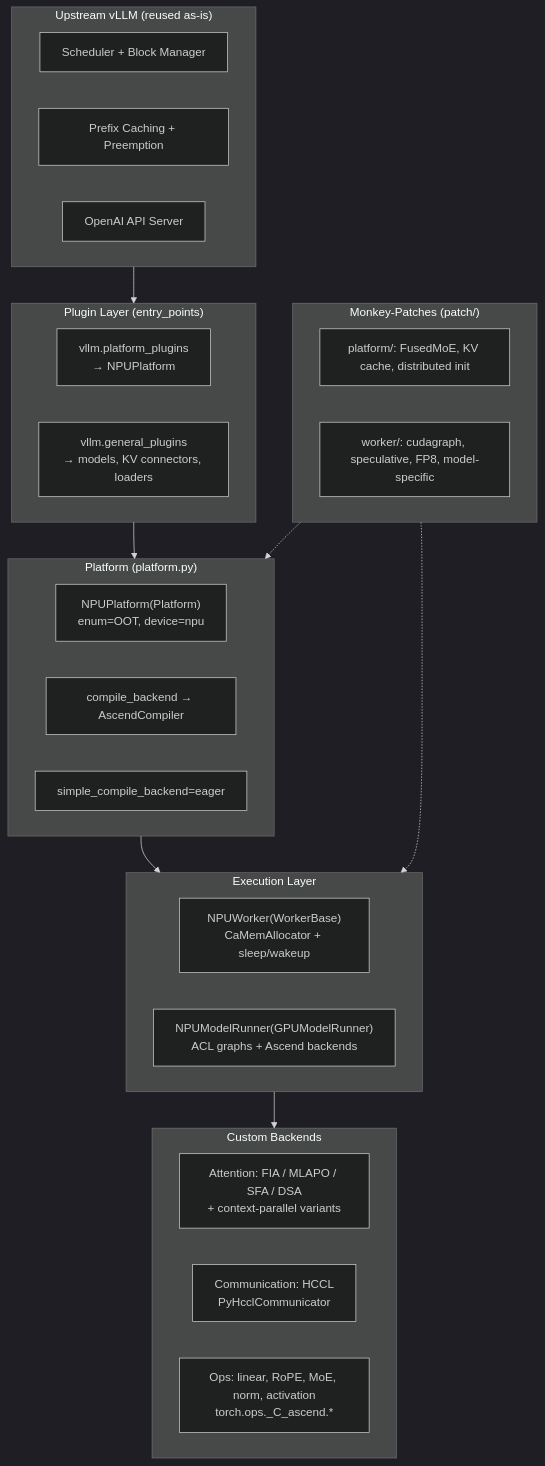
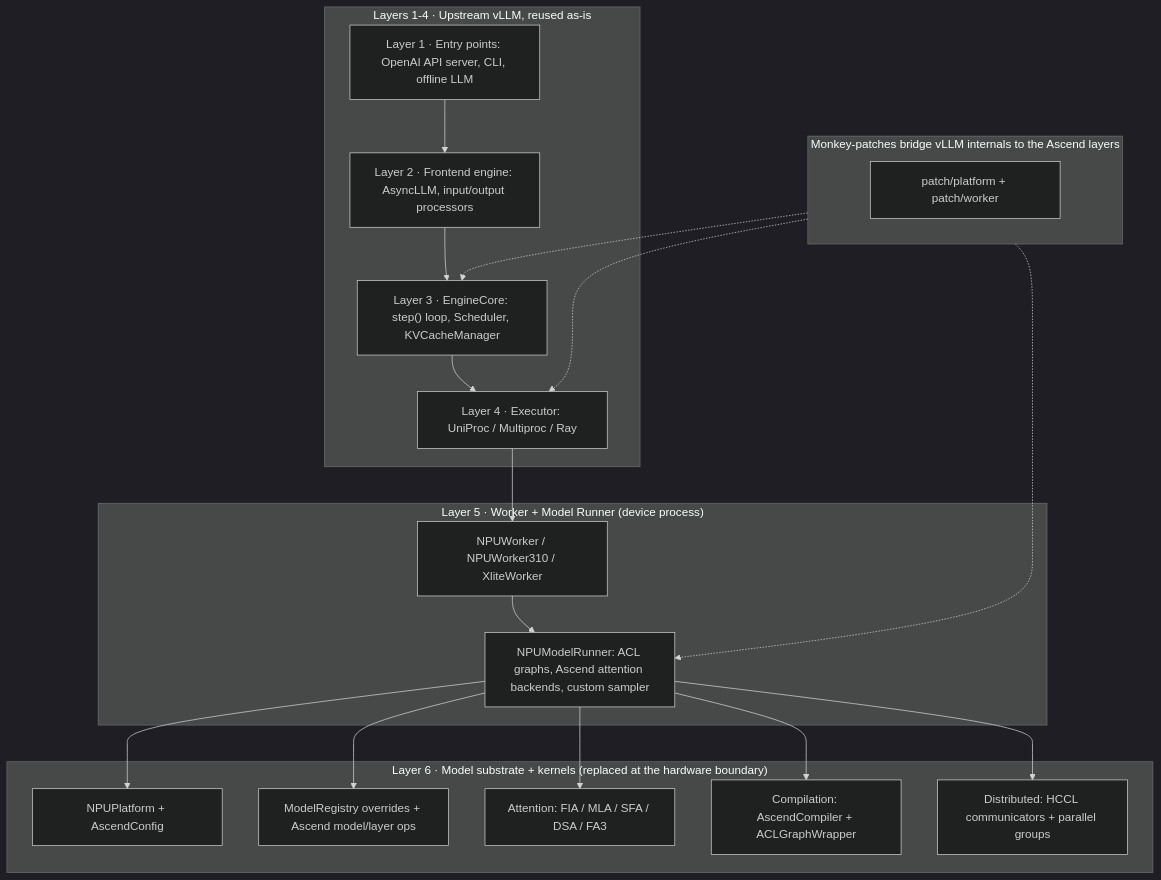
Before and after one commit to zhongzhouTan-coder/zhongzhouTan-coder.github.io: the first of 2 diagrams in docs/frameworks/vllm-ascend/architecture.md, drawn with Mermaid (dark theme). The commit also changed other lines of this file and 14 other files, not shown here.

Commit message:
[docs] add the vllm and vllm-ascend overview

````diff
--- a/docs/frameworks/vllm-ascend/architecture.md
+++ b/docs/frameworks/vllm-ascend/architecture.md
@@ -32,36 +47,36 @@
 ```mermaid
-flowchart TD
-    subgraph PLUGIN["Plugin Layer (entry_points)"]
-        A["vllm.platform_plugins<br/>→ NPUPlatform"]
-        B["vllm.general_plugins<br/>→ models, KV connectors, loaders"]
+flowchart TB
+    subgraph REUSE["Layers 1-4 · Upstream vLLM, reused as-is"]
+        A["Layer 1 · Entry points: OpenAI API server, CLI, offline LLM"]
+        B["Layer 2 · Frontend engine: AsyncLLM, input/output processors"]
+        C["Layer 3 · EngineCore: step() loop, Scheduler, KVCacheManager"]
+        D["Layer 4 · Executor: UniProc / Multiproc / Ray"]
     end
-    subgraph PLATFORM["Platform (platform.py)"]
-        C["NPUPlatform(Platform)<br/>enum=OOT, device=npu"]
-        D["compile_backend → AscendCompiler"]
-        E["simple_compile_backend=eager"]
+
+    subgraph REPLACE["Layer 5 · Worker + Model Runner (device process)"]
+        E["NPUWorker / NPUWorker310 / XliteWorker"]
+        F["NPUModelRunner: ACL graphs, Ascend attention backends, custom sampler"]
     end
-    subgraph EXEC["Execution Layer"]
-        F["NPUWorker(WorkerBase)<br/>CaMemAllocator + sleep/wakeup"]
-        G["NPUModelRunner(GPUModelRunner)<br/>ACL graphs + Ascend backends"]
+
+    subgraph SUBSTRATE["Layer 6 · Model substrate + kernels (replaced at the hardware boundary)"]
+        G["NPUPlatform + AscendConfig"]
+        H["ModelRegistry overrides + Ascend model/layer ops"]
+        I["Attention: FIA / MLA / SFA / DSA / FA3"]
+        J["Compilation: AscendCompiler + ACLGraphWrapper"]
+        K["Distributed: HCCL communicators + parallel groups"]
     end
-    subgraph BACKEND["Custom Backends"]
-        H["Attention: FIA / MLAPO / SFA / DSA<br/>+ context-parallel variants"]
-        I["Communication: HCCL<br/>PyHcclCommunicator"]
-        J["Ops: linear, RoPE, MoE, norm, activation<br/>torch.ops._C_ascend.*"]
+
+    subgraph PATCH["Monkey-patches bridge vLLM internals to the Ascend layers"]
+        L["patch/platform + patch/worker"]
     end
-    subgraph PATCH["Monkey-Patches (patch/)"]
-        K["platform/: FusedMoE, KV cache, distributed init"]
-        L["worker/: cudagraph, speculative, FP8, model-specific"]
-    end
-    subgraph UPSTREAM["Upstream vLLM (reused as-is)"]
-        M["Scheduler + Block Manager"]
-        N["Prefix Caching + Preemption"]
-        O["OpenAI API Server"]
-    end
-    UPSTREAM --> PLUGIN
-    PLUGIN --> PLATFORM
-    PLATFORM --> EXEC
-    EXEC --> BACKEND
-    PATCH -.-> EXEC
-    PATCH -.-> PLATFORM
+
+    A --> B --> C --> D --> E --> F
+    F --> G
+    F --> H
+    F --> I
+    F --> J
+    F --> K
+    PATCH -.-> C
+    PATCH -.-> D
+    PATCH -.-> F
 ```
````
